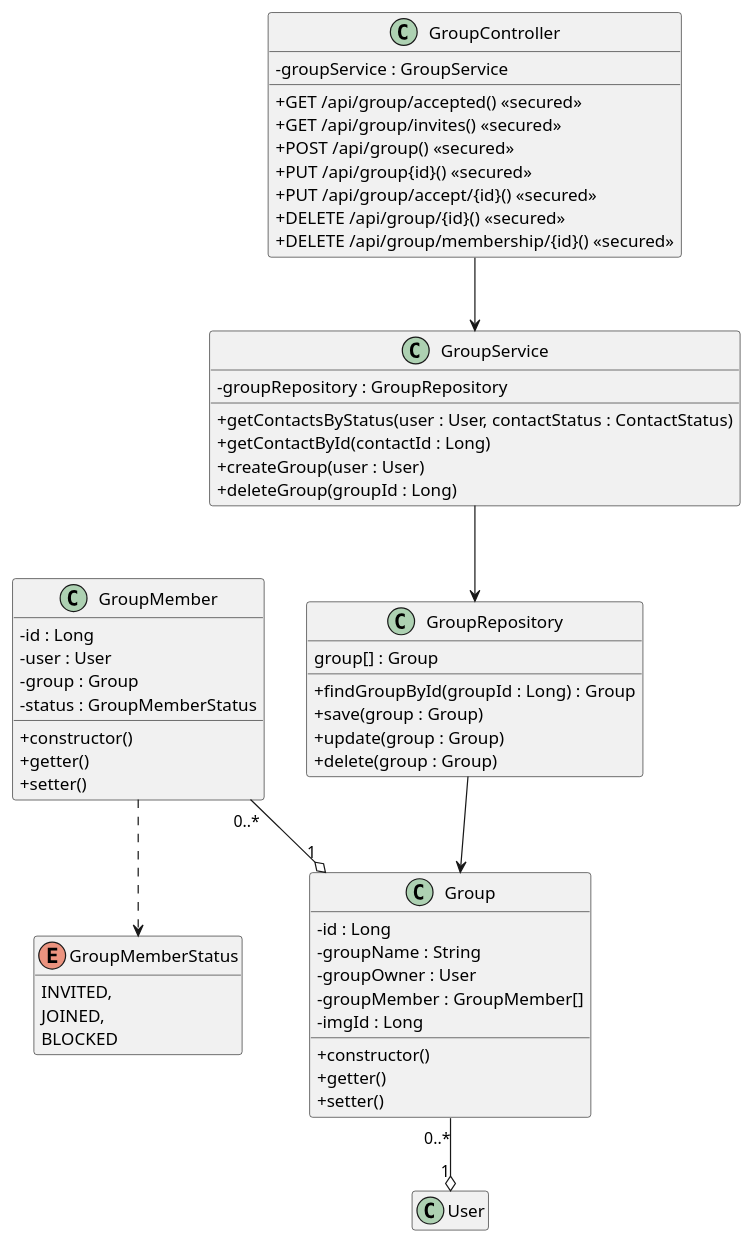
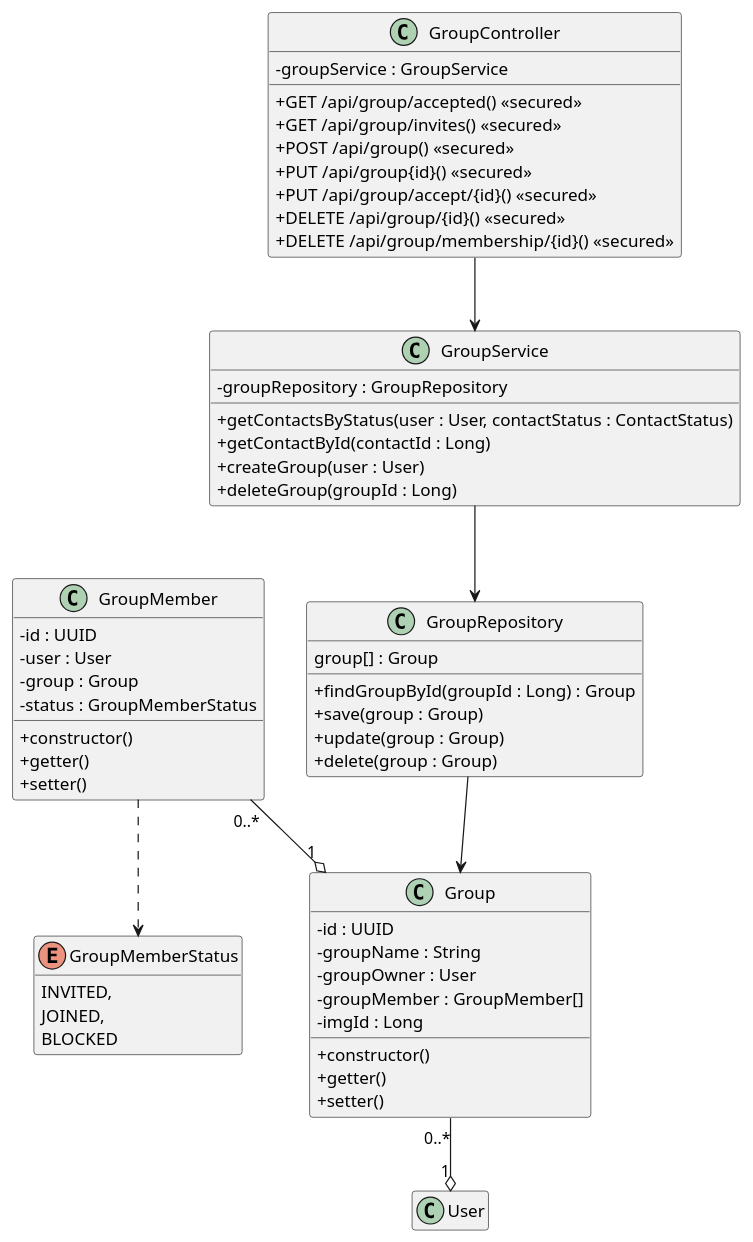
The diagram in uml/class/Class_Group.puml (SpaghettiCodeGang/TryLater-Server), drawn with PlantUML before and after one commit. The commit also changed 5 other files, not shown here.

Commit message:
feat: updates class diagrams with uuids

```diff
--- a/uml/class/Class_Group.puml
+++ b/uml/class/Class_Group.puml
@@ -1,67 +1,67 @@
 @startuml
 skinparam classAttributeIconSize 0
 hide empty members
 
 enum GroupMemberStatus {
     INVITED,
     JOINED,
     BLOCKED
 }
 
 class GroupMember {
-    - id : Long
+    - id : UUID
     - user : User
     - group : Group
     - status : GroupMemberStatus
     + constructor()
     + getter()
     + setter()
 }
 
 class Group {
-    - id : Long
+    - id : UUID
     - groupName : String
     - groupOwner : User
     - groupMember : GroupMember[]
     - imgId : Long
     + constructor()
     + getter()
     + setter()
 }
 
 class GroupRepository {
     group[] : Group
     + findGroupById(groupId : Long) : Group
     + save(group : Group)
     + update(group : Group)
     + delete(group : Group)
 }
 
 class GroupService {
     - groupRepository : GroupRepository
     + getContactsByStatus(user : User, contactStatus : ContactStatus)
     + getContactById(contactId : Long)
     + createGroup(user : User)
     + deleteGroup(groupId : Long)
 }
 
 class GroupController {
     - groupService : GroupService
     + GET /api/group/accepted() <<secured>>
     + GET /api/group/invites() <<secured>>
     + POST /api/group() <<secured>>
     + PUT /api/group{id}() <<secured>>
     + PUT /api/group/accept/{id}() <<secured>>
     + DELETE /api/group/{id}() <<secured>>
     + DELETE /api/group/membership/{id}() <<secured>>
 }
 
 GroupMember ..> GroupMemberStatus
 GroupMember "0..*" --o "1" Group
 
 Group "0..*" --o "1" User
 GroupRepository --> Group
 GroupService --> GroupRepository
 GroupController --> GroupService
 
 @enduml
```
